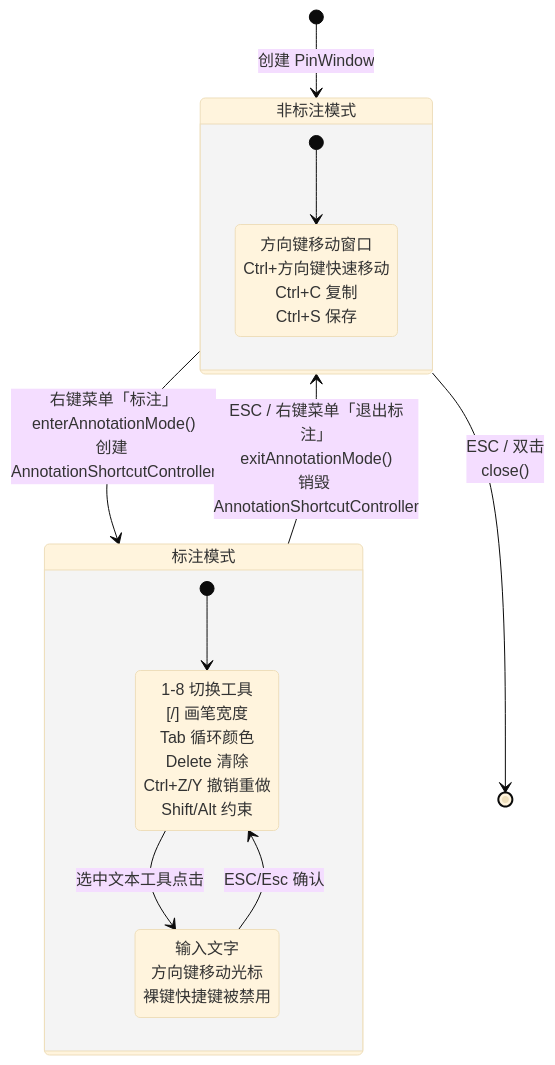
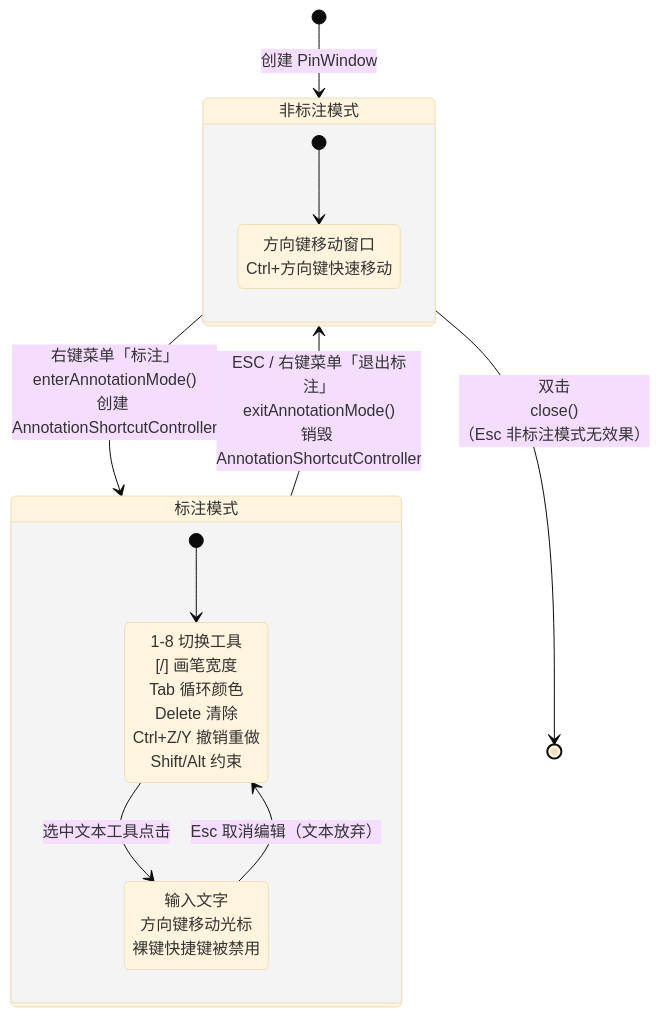
The seventh of 9 diagrams in docs/shortcuts.md (ChiangyangNPU/quick-shot), drawn with Mermaid (base theme) before and after one commit. The commit also changed other lines of this file and 3 other files, not shown here.

````diff
--- a/docs/shortcuts.md
+++ b/docs/shortcuts.md
@@ -644,23 +663,23 @@
 ```mermaid
 stateDiagram-v2
     [*] --> 非标注模式: 创建 PinWindow
     
     非标注模式 --> 标注模式: 右键菜单「标注」<br/>enterAnnotationMode()<br/>创建 AnnotationShortcutController
     
     标注模式 --> 非标注模式: ESC / 右键菜单「退出标注」<br/>exitAnnotationMode()<br/>销毁 AnnotationShortcutController
     
-    非标注模式 --> [*]: ESC / 双击<br/>close()
+    非标注模式 --> [*]: 双击<br/>close()<br/>（Esc 非标注模式无效果）
     
     state 非标注模式 {
         [*] --> 窗口操作
-        窗口操作: 方向键移动窗口<br/>Ctrl+方向键快速移动<br/>Ctrl+C 复制<br/>Ctrl+S 保存
+        窗口操作: 方向键移动窗口<br/>Ctrl+方向键快速移动
     }
     
     state 标注模式 {
         [*] --> 标注绘制
         标注绘制: 1-8 切换工具<br/>[/] 画笔宽度<br/>Tab 循环颜色<br/>Delete 清除<br/>Ctrl+Z/Y 撤销重做<br/>Shift/Alt 约束
         标注绘制 --> 文本编辑: 选中文本工具点击
         文本编辑: 输入文字<br/>方向键移动光标<br/>裸键快捷键被禁用
-        文本编辑 --> 标注绘制: ESC/Esc 确认
+        文本编辑 --> 标注绘制: Esc 取消编辑（文本放弃）
     }
 ```
````
